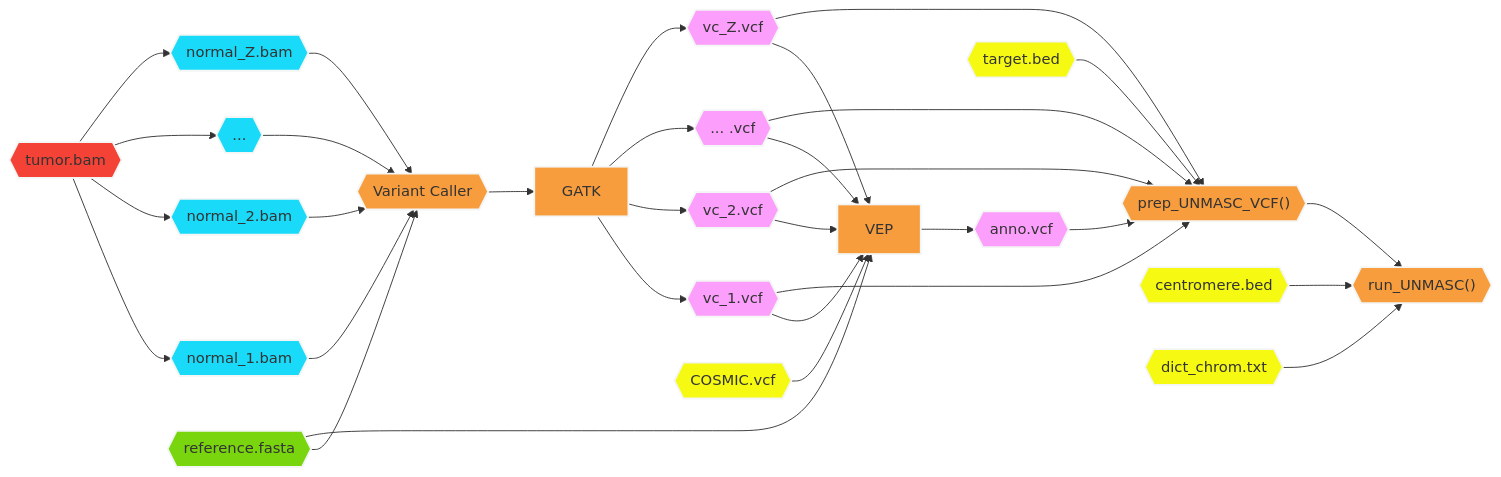
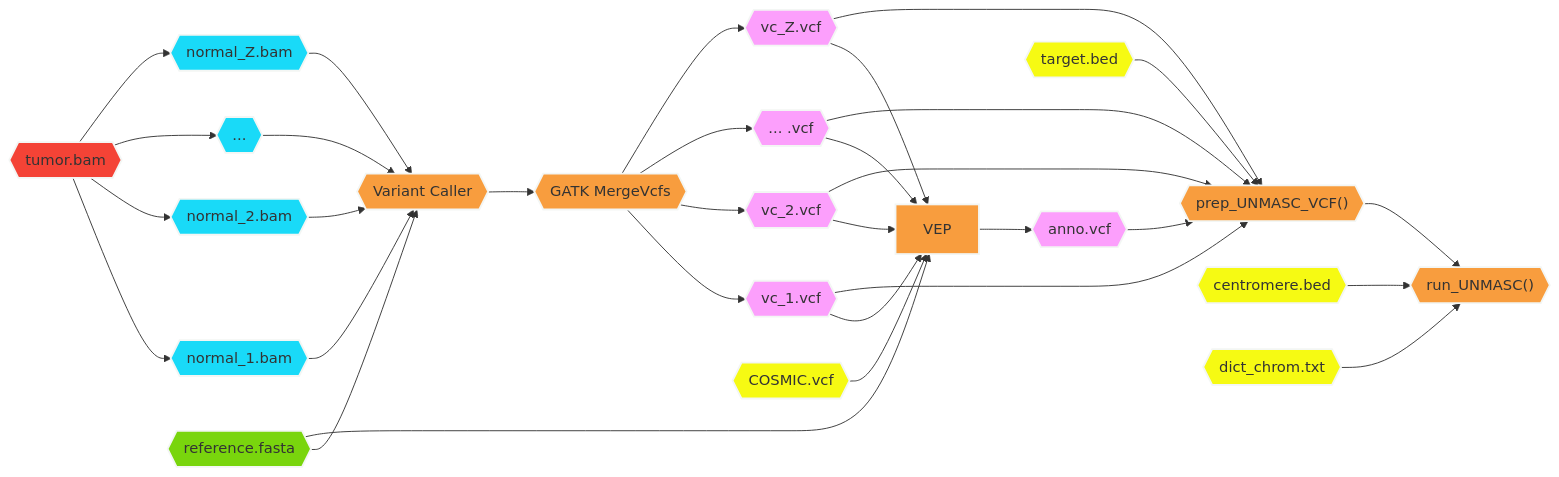
Before and after one commit to pllittle/UNMASC: the diagram in workflow/inputs.md, drawn with Mermaid.

Commit message:
flow gatk

````diff
--- a/workflow/inputs.md
+++ b/workflow/inputs.md
@@ -14,32 +14,32 @@
 ```mermaid
 flowchart LR
 
 tbam{{tumor.bam}} --> nbam1{{normal_1.bam}} & nbam2{{normal_2.bam}} --> caller{{Variant Caller}}
 tbam{{tumor.bam}} --> dots{{...}} & nbamZ{{normal_Z.bam}} --> caller
 fasta{{reference.fasta}} --> caller
-caller --> GATK --> vcf1{{vc_1.vcf}} & vcf2{{vc_2.vcf}} & dotsv{{... .vcf}} & vcfZ{{vc_Z.vcf}}
+caller --> GATK{{GATK MergeVcfs}} --> vcf1{{vc_1.vcf}} & vcf2{{vc_2.vcf}} & dotsv{{... .vcf}} & vcfZ{{vc_Z.vcf}}
 cosmic{{COSMIC.vcf}} & vcf1 & vcf2 & dotsv & vcfZ & fasta --> VEP --> anno{{anno.vcf}}
 vcf1 & vcf2 & dotsv & vcfZ & anno & targ{{target.bed}} --> prepU{{"prep_UNMASC_VCF()"}}
 centro{{centromere.bed}} & dictchrom{{dict_chrom.txt}} & prepU --> UNMASC{{"run_UNMASC()"}}
 
 %% class definitions
 classDef myred fill:#f44336,stroke:#f3f6f4,stroke-width:2px
 classDef myblue fill:#19daf8,stroke:#f3f6f4,stroke-width:2px
 classDef mygreen fill:#79d50d,stroke:#f3f6f4,stroke-width:2px
 classDef mymagenta fill:#fc9ffc,stroke:#f3f6f4,stroke-width:2px
 classDef myyellow fill:#f6fa13,stroke:#f3f6f4,stroke-width:2px
 classDef myorange fill:#f89d3e,stroke:#f3f6f4,stroke-width:2px
 
 %% assign classes to nodes
 class tbam myred
 class nbam1,nbam2,dots,nbamZ myblue
 class fasta mygreen
 class vcf1,vcf2,dotsv,vcfZ,anno mymagenta
 class cosmic,targ,centro,dictchrom myyellow
 class caller,GATK,VEP,prepU,UNMASC myorange
 
 %% clickable nodes
 click GATK "https://github.com/broadinstitute/gatk"
 click cosmic "https://github.com/pllittle/UNMASC/blob/main/workflow/inputs.md#get-cosmic-vcf"
 click VEP "https://uswest.ensembl.org/info/docs/tools/vep/index.html"
 ```
````
